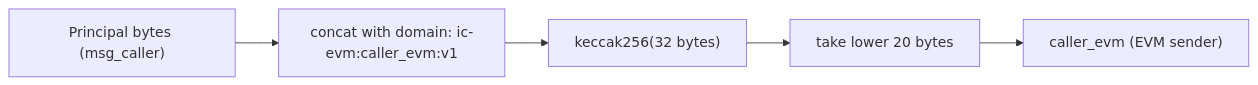
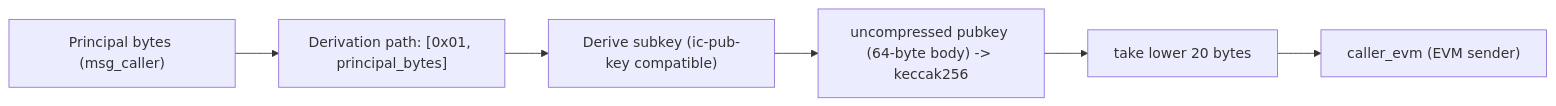
One commit to humandebri/Kasane changed the second of 3 diagrams in README.md. Above: the diagram before and after it, drawn with Mermaid. The commit also changed other lines of this file and 17 other files, not shown here.

````diff
--- a/README.md
+++ b/README.md
@@ -96,7 +100,8 @@
 ```mermaid
 flowchart LR
-  P["Principal bytes (msg_caller)"] --> C["concat with domain: ic-evm:caller_evm:v1"]
-  C --> K["keccak256(32 bytes)"]
-  K --> L["take lower 20 bytes"]
+  P["Principal bytes (msg_caller)"] --> D["Derivation path: [0x01, principal_bytes]"]
+  D --> K["Derive subkey (ic-pub-key compatible)"]
+  K --> H["uncompressed pubkey (64-byte body) -> keccak256"]
+  H --> L["take lower 20 bytes"]
   L --> F["caller_evm (EVM sender)"]
 ```
````
